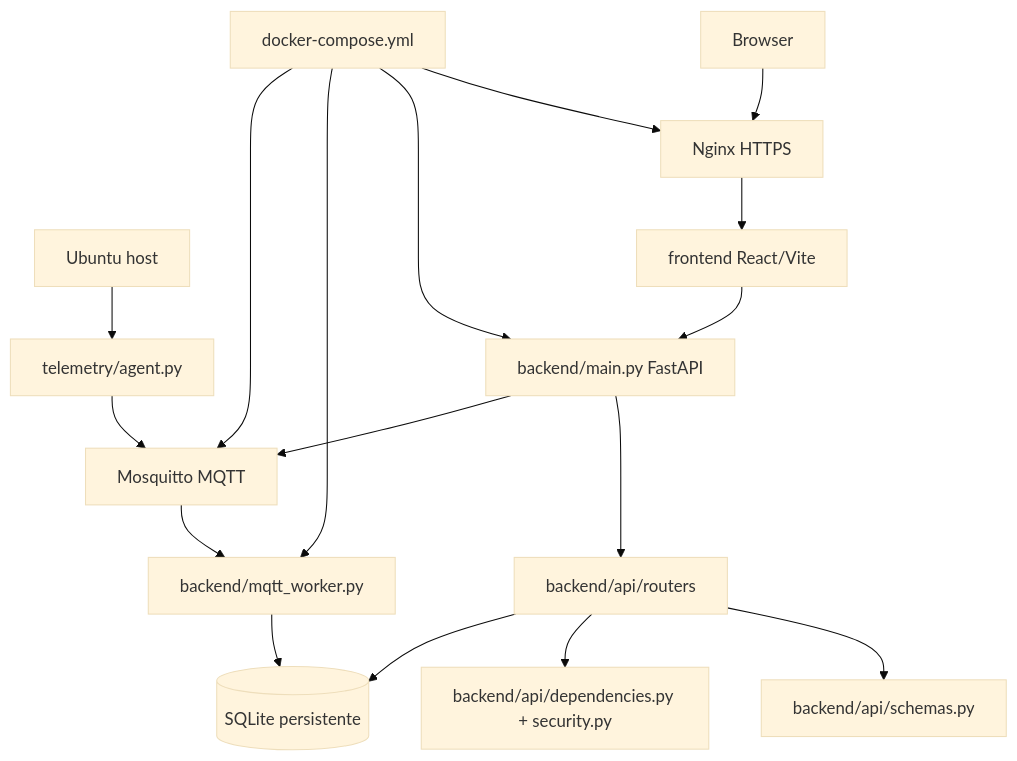
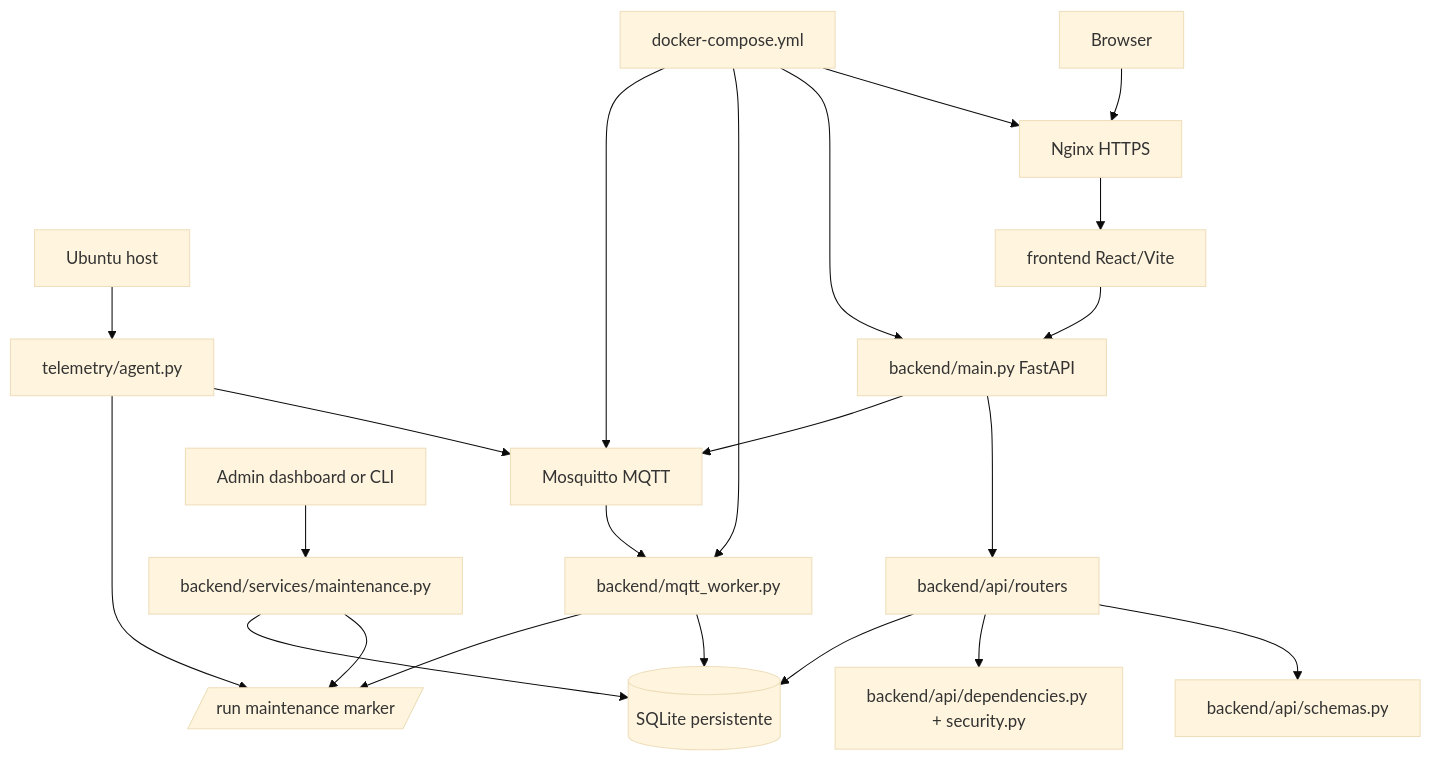
One commit to astec10/nivus-edge-node changed the first of 2 diagrams in docs/MODULE_MAP.md. Above: the diagram before and after it, drawn with Mermaid (base theme). The commit also changed other lines of this file and 31 other files, not shown here.

Commit message:
debug(operations): expose maintenance CLI read cause in smoke CI

````diff
--- a/docs/MODULE_MAP.md
+++ b/docs/MODULE_MAP.md
@@ -7,19 +7,24 @@
 ```mermaid
 flowchart TD
   Host[Ubuntu host] --> Agent[telemetry/agent.py]
   Agent --> MQTT[Mosquitto MQTT]
   MQTT --> Worker[backend/mqtt_worker.py]
   Worker --> DB[(SQLite persistente)]
   Browser[Browser] --> Nginx[Nginx HTTPS]
   Nginx --> UI[frontend React/Vite]
   UI --> API[backend/main.py FastAPI]
   API --> Routers[backend/api/routers]
   Routers --> Schemas[backend/api/schemas.py]
   Routers --> Auth[backend/api/dependencies.py + security.py]
   Routers --> DB
   API --> MQTT
+  Operator[Admin dashboard or CLI] --> Maintenance[backend/services/maintenance.py]
+  Maintenance --> State[/run maintenance marker/]
+  Maintenance --> DB
+  Agent[telemetry/agent.py] --> State
+  Worker[backend/mqtt_worker.py] --> State
   Compose[docker-compose.yml] --> Nginx
   Compose --> API
   Compose --> Worker
   Compose --> MQTT
 ```
````
